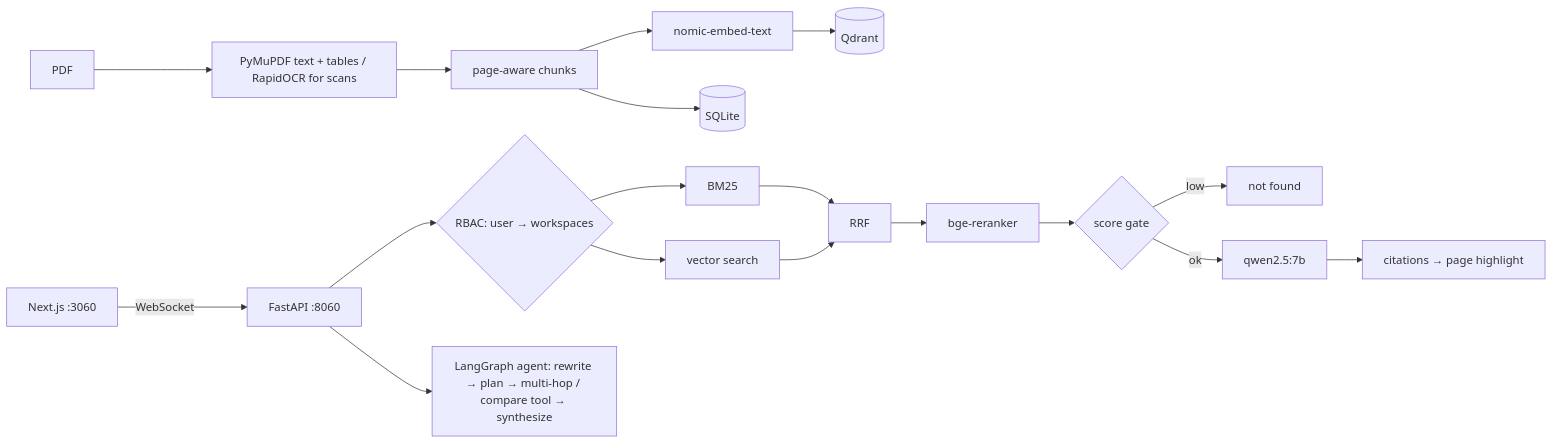
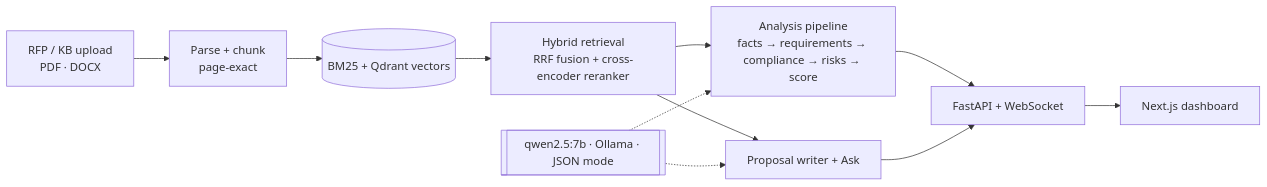
The diagram in README.md (akashkr19857/dms-rfp-intelligence), drawn with Mermaid before and after one commit. The commit also changed other lines of this file and 7 other files, not shown here.

First line of the commit message:
Cross-check risks against compliance results; README; drop unused ONNX path

````diff
--- a/README.md
+++ b/README.md
@@ -35,13 +35,9 @@
 ```mermaid
 flowchart LR
-  PDF[PDF] --> X[PyMuPDF text + tables / RapidOCR for scans] --> C[page-aware chunks] --> E[nomic-embed-text]
-  E --> Q[(Qdrant)]
-  C --> S[(SQLite)]
-  U[Next.js :3060] -- WebSocket --> A[FastAPI :8060]
-  A --> R{RBAC: user → workspaces}
-  R --> B[BM25] & V[vector search]
-  B & V --> F[RRF] --> RR[bge-reranker] --> G{score gate}
-  G -- low --> NF[not found]
-  G -- ok --> L[qwen2.5:7b] --> CI[citations → page highlight]
-  A --> AG[LangGraph agent: rewrite → plan → multi-hop / compare tool → synthesize]
+  U[RFP / KB upload<br/>PDF · DOCX] --> P[Parse + chunk<br/>page-exact] --> I[(BM25 + Qdrant vectors)]
+  I --> H[Hybrid retrieval<br/>RRF fusion + cross-encoder reranker]
+  H --> A[Analysis pipeline<br/>facts → requirements → compliance → risks → score]
+  H --> G[Proposal writer + Ask]
+  L[[qwen2.5:7b · Ollama · JSON mode]] -.-> A & G
+  A & G --> API[FastAPI + WebSocket] --> UI[Next.js dashboard]
 ```
````
